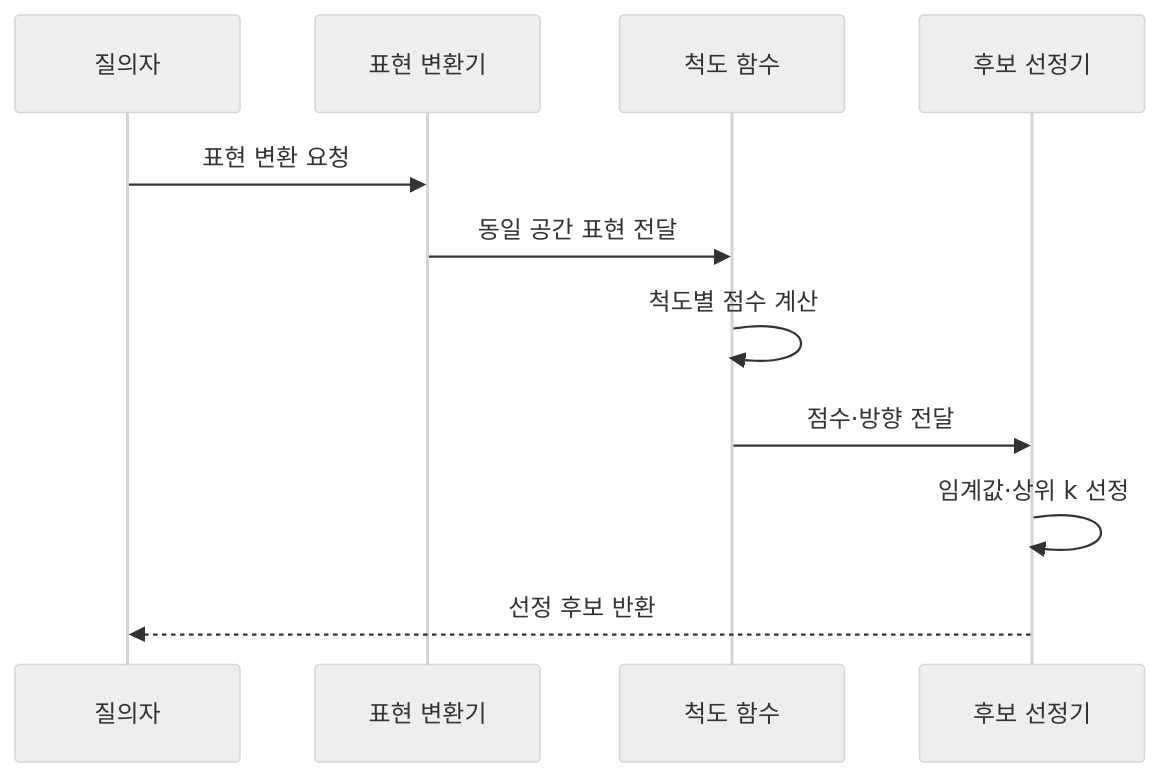
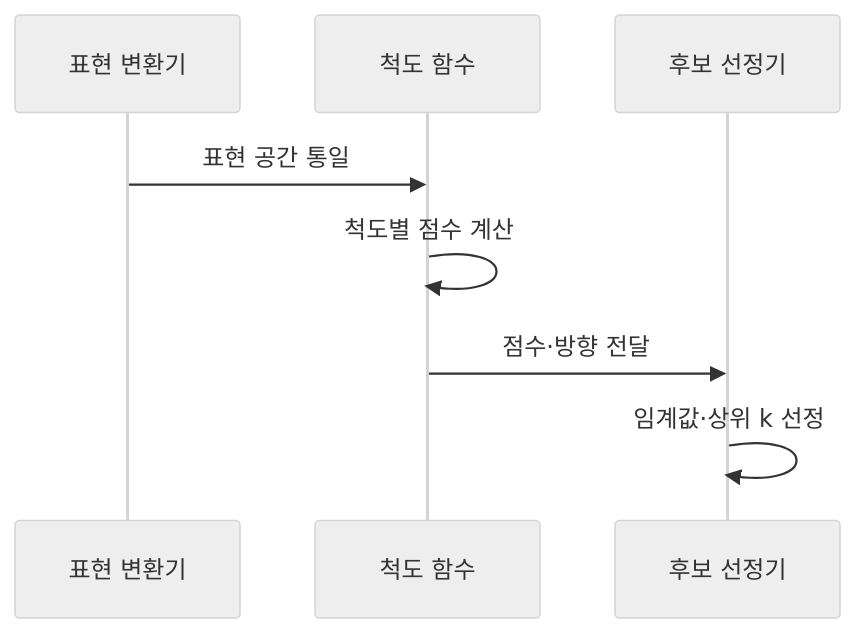
One commit to agnusdei1207/knowledge-base changed the second of 2 diagrams in src/content/docs/notes/01-basic-theory/037_similarity_measures.md. Above: the diagram before and after it, drawn with Mermaid (neutral theme). The commit also changed other lines of this file, not shown here.

Commit message:
docs: 1과목 유사도 핵심 절차 압축

````diff
--- a/src/content/docs/notes/01-basic-theory/037_similarity_measures.md
+++ b/src/content/docs/notes/01-basic-theory/037_similarity_measures.md
@@ -82,13 +82,10 @@
 ```mermaid
 sequenceDiagram
-    participant Q as 질의자
     participant T as 표현 변환기
     participant F as 척도 함수
     participant R as 후보 선정기
-    Q->>T: 표현 변환 요청
-    T->>F: 동일 공간 표현 전달
+    T->>F: 표현 공간 통일
     F->>F: 척도별 점수 계산
     F->>R: 점수·방향 전달
     R->>R: 임계값·상위 k 선정
-    R-->>Q: 선정 후보 반환
 ```
````
